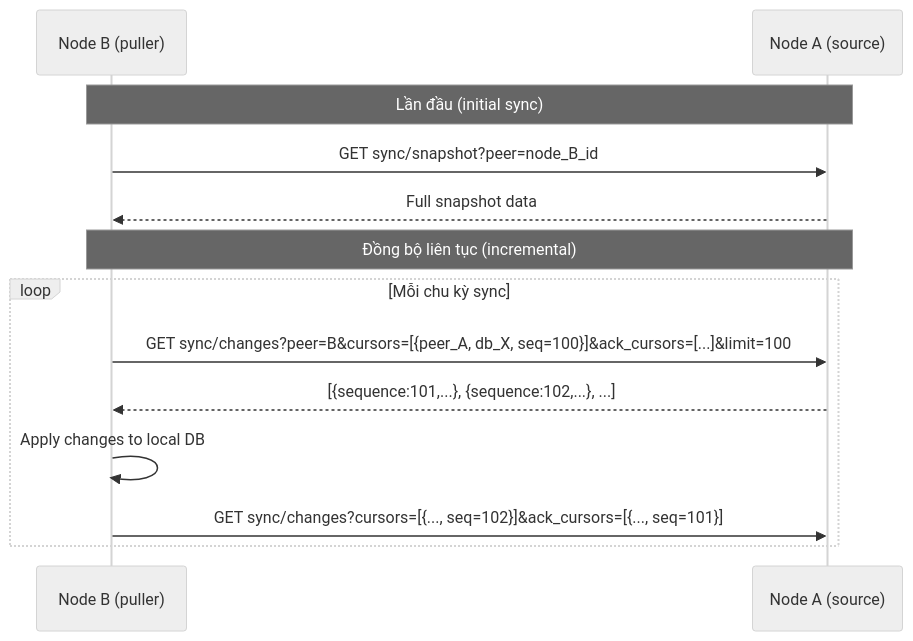
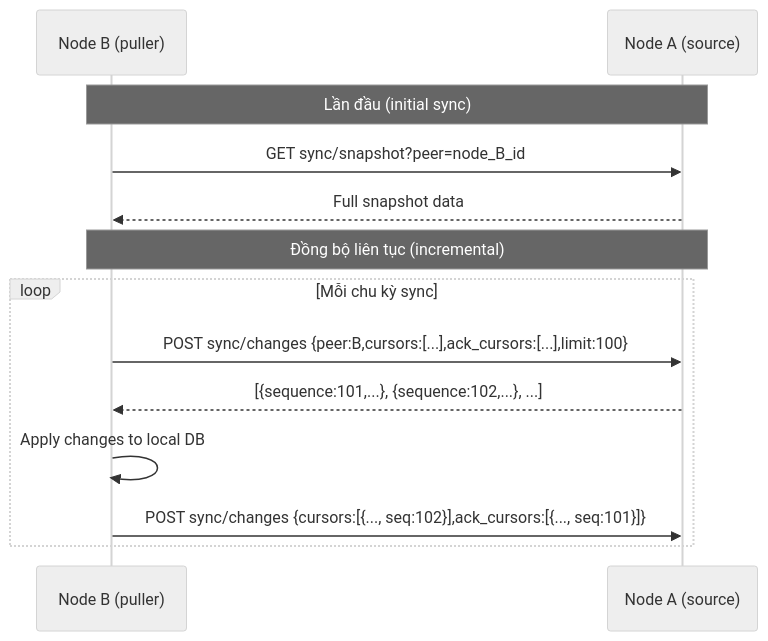
The first of 3 diagrams in docs/api-sync.md (lightingbro46/S3MediaKit), drawn with Mermaid (neutral theme) before and after one commit. The commit also changed other lines of this file and 6 other files, not shown here.

````diff
--- a/docs/api-sync.md
+++ b/docs/api-sync.md
@@ -42,17 +42,17 @@
 ```mermaid
 sequenceDiagram
     participant NodeB as Node B (puller)
     participant NodeA as Node A (source)
 
     Note over NodeB,NodeA: Lần đầu (initial sync)
     NodeB->>NodeA: GET sync/snapshot?peer=node_B_id
     NodeA-->>NodeB: Full snapshot data
 
     Note over NodeB,NodeA: Đồng bộ liên tục (incremental)
     loop Mỗi chu kỳ sync
-        NodeB->>NodeA: GET sync/changes?peer=B&cursors=[{peer_A, db_X, seq=100}]&ack_cursors=[...]&limit=100
+        NodeB->>NodeA: POST sync/changes {peer:B,cursors:[...],ack_cursors:[...],limit:100}
         NodeA-->>NodeB: [{sequence:101,...}, {sequence:102,...}, ...]
         NodeB->>NodeB: Apply changes to local DB
-        NodeB->>NodeA: GET sync/changes?cursors=[{..., seq=102}]&ack_cursors=[{..., seq=101}]
+        NodeB->>NodeA: POST sync/changes {cursors:[{..., seq:102}],ack_cursors:[{..., seq:101}]}
     end
 ```
````
